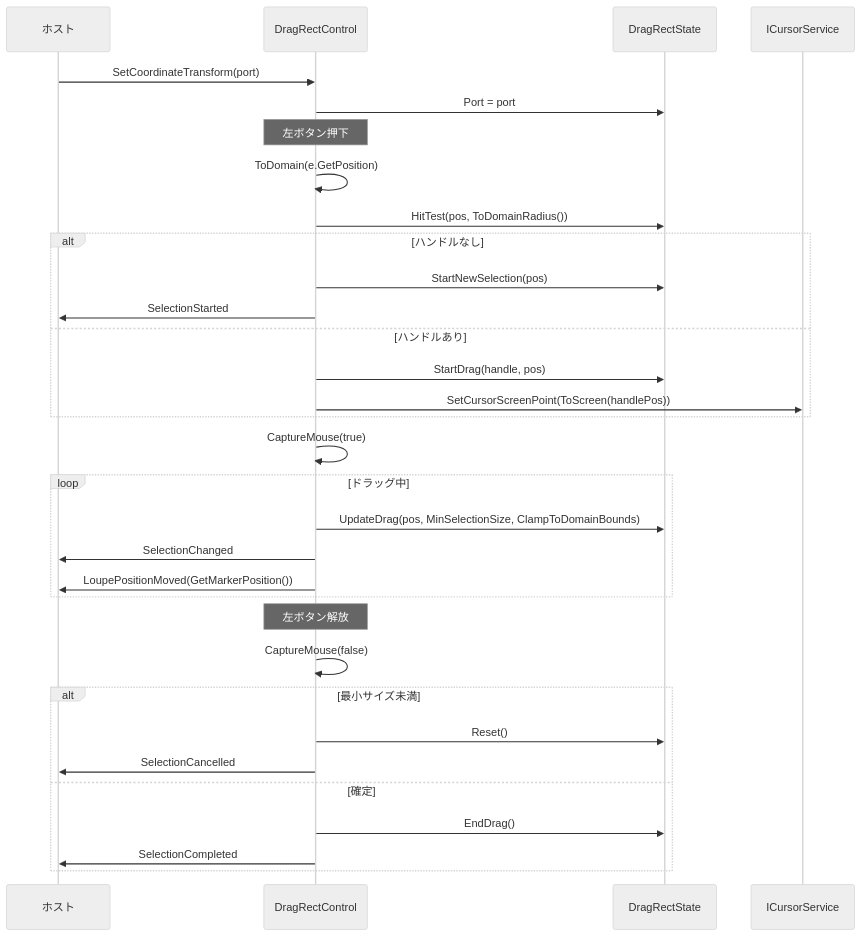
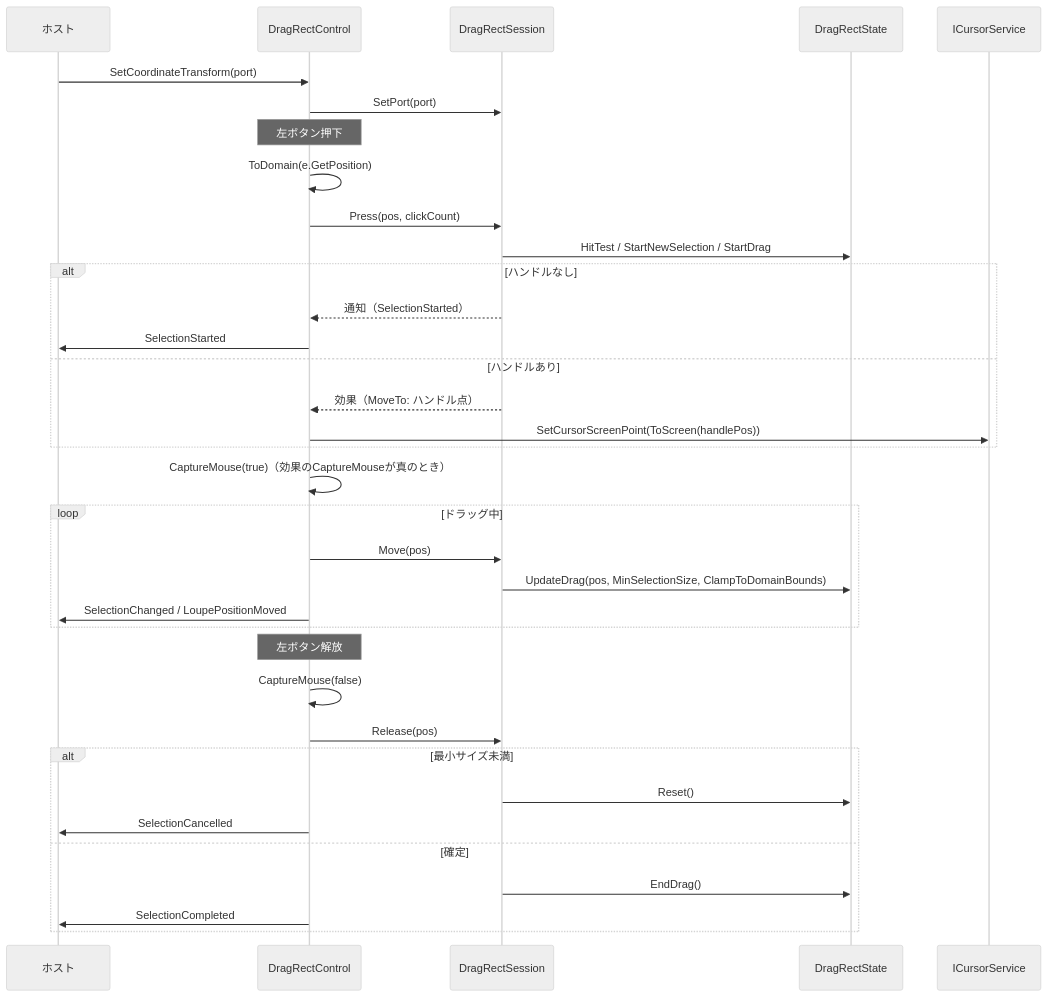
Before and after one commit to tomokuni/SaveEvidence: the second of 4 diagrams in src/DragRectControl.MewUI/SPEC_System.md, drawn with Mermaid (neutral theme). The commit also changed other lines of this file and 25 other files, not shown here.

````diff
--- a/src/DragRectControl.MewUI/SPEC_System.md
+++ b/src/DragRectControl.MewUI/SPEC_System.md
@@ -178,35 +211,38 @@
 ```mermaid
 sequenceDiagram
     participant Host as ホスト
     participant Ctl as DragRectControl
+    participant Ses as DragRectSession
     participant St as DragRectState
     participant Cur as ICursorService
 
     Host->>Ctl: SetCoordinateTransform(port)
-    Ctl->>St: Port = port
+    Ctl->>Ses: SetPort(port)
     Note over Ctl: 左ボタン押下
     Ctl->>Ctl: ToDomain(e.GetPosition)
-    Ctl->>St: HitTest(pos, ToDomainRadius())
+    Ctl->>Ses: Press(pos, clickCount)
+    Ses->>St: HitTest / StartNewSelection / StartDrag
     alt ハンドルなし
-        Ctl->>St: StartNewSelection(pos)
+        Ses-->>Ctl: 通知（SelectionStarted）
         Ctl->>Host: SelectionStarted
     else ハンドルあり
-        Ctl->>St: StartDrag(handle, pos)
+        Ses-->>Ctl: 効果（MoveTo: ハンドル点）
         Ctl->>Cur: SetCursorScreenPoint(ToScreen(handlePos))
     end
-    Ctl->>Ctl: CaptureMouse(true)
+    Ctl->>Ctl: CaptureMouse(true)（効果のCaptureMouseが真のとき）
     loop ドラッグ中
-        Ctl->>St: UpdateDrag(pos, MinSelectionSize, ClampToDomainBounds)
-        Ctl->>Host: SelectionChanged
-        Ctl->>Host: LoupePositionMoved(GetMarkerPosition())
+        Ctl->>Ses: Move(pos)
+        Ses->>St: UpdateDrag(pos, MinSelectionSize, ClampToDomainBounds)
+        Ctl->>Host: SelectionChanged / LoupePositionMoved
     end
     Note over Ctl: 左ボタン解放
     Ctl->>Ctl: CaptureMouse(false)
+    Ctl->>Ses: Release(pos)
     alt 最小サイズ未満
-        Ctl->>St: Reset()
+        Ses->>St: Reset()
         Ctl->>Host: SelectionCancelled
     else 確定
-        Ctl->>St: EndDrag()
+        Ses->>St: EndDrag()
         Ctl->>Host: SelectionCompleted
     end
 ```
````
